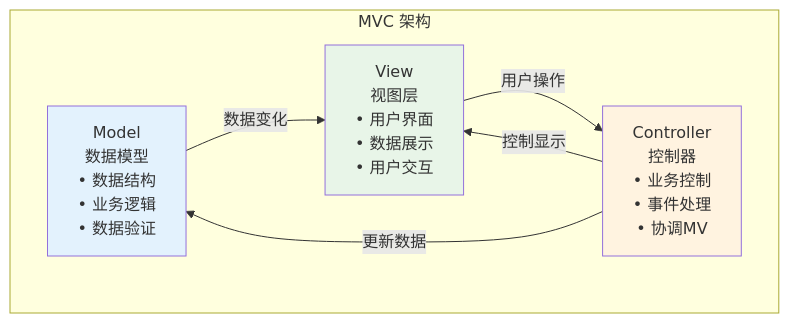
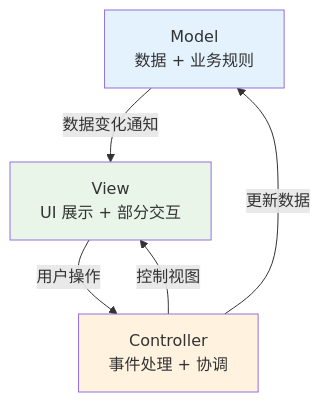
Before and after one commit to chongyang211/YCBookBlog: the seventh of 17 diagrams in 00.通用技术的提升/07.方案设计思想/卷一-架构与组件/01.通用架构设计方案.md, drawn with Mermaid. The commit also changed other lines of this file and 5 other files, not shown here.

````diff
--- a/00.通用技术的提升/07.方案设计思想/卷一-架构与组件/01.通用架构设计方案.md
+++ b/00.通用技术的提升/07.方案设计思想/卷一-架构与组件/01.通用架构设计方案.md
@@ -453,17 +275,15 @@
 ```mermaid
 graph TB
-    subgraph "MVC 架构"
-        M[Model<br/>数据模型<br/>• 数据结构<br/>• 业务逻辑<br/>• 数据验证]
-        V[View<br/>视图层<br/>• 用户界面<br/>• 数据展示<br/>• 用户交互]
-        C[Controller<br/>控制器<br/>• 业务控制<br/>• 事件处理<br/>• 协调MV]
-    end
+    M[Model<br/>数据 + 业务规则]
+    V[View<br/>UI 展示 + 部分交互]
+    C[Controller<br/>事件处理 + 协调]
     
     V -->|用户操作| C
     C -->|更新数据| M
-    M -->|数据变化| V
-    C -->|控制显示| V
+    M -->|数据变化通知| V
+    C -->|控制视图| V
     
     style M fill:#e3f2fd
     style V fill:#e8f5e8
     style C fill:#fff3e0
 ```
````
